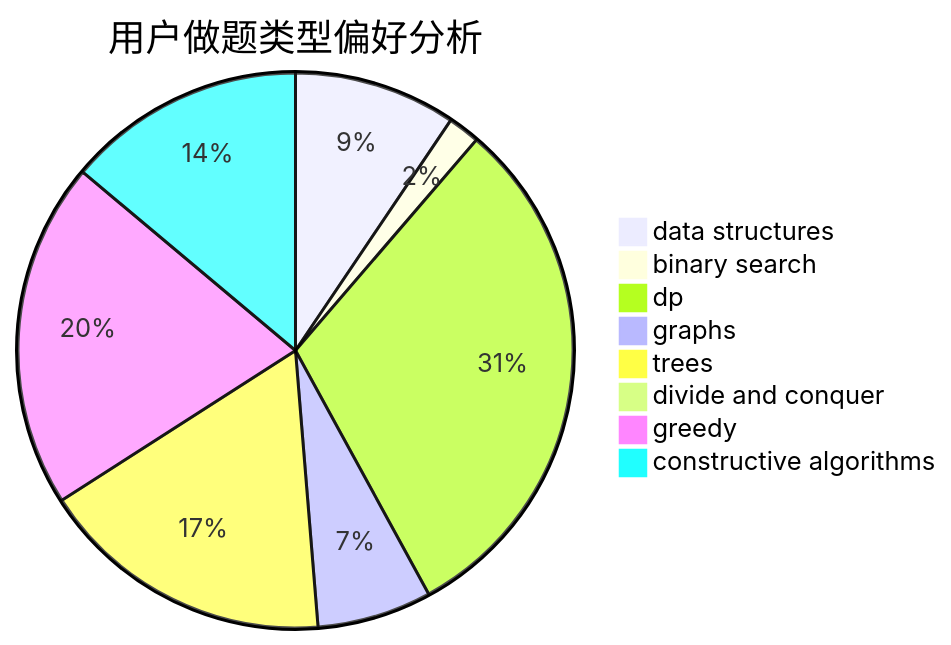
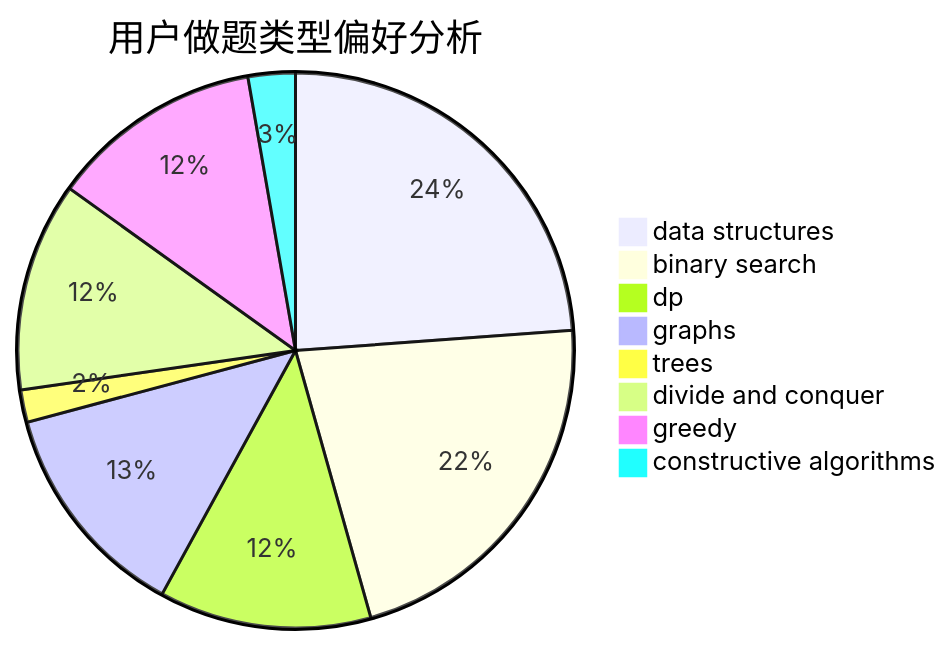
Before and after one commit to sherpahu/cfrs.github.io: the second of 3 diagrams in docs/user/u1259.md, drawn with Mermaid. The commit also changed other lines of this file and 2770 other files, not shown here.

````diff
--- a/docs/user/u1259.md
+++ b/docs/user/u1259.md
@@ -23,11 +23,11 @@
 ```mermaid
 pie title 用户做题类型偏好分析
-    "data structures" :  51
-    "binary search" :  10
-    "dp" :  166
-    "graphs" :  36
-    "trees" :  93
-    "divide and conquer" :  0
-    "greedy" :  109
-    "constructive algorithms" :  75
+    "data structures" :  139
+    "binary search" :  127
+    "dp" :  72
+    "graphs" :  75
+    "trees" :  11
+    "divide and conquer" :  71
+    "greedy" :  72
+    "constructive algorithms" :  16
 ```
````
